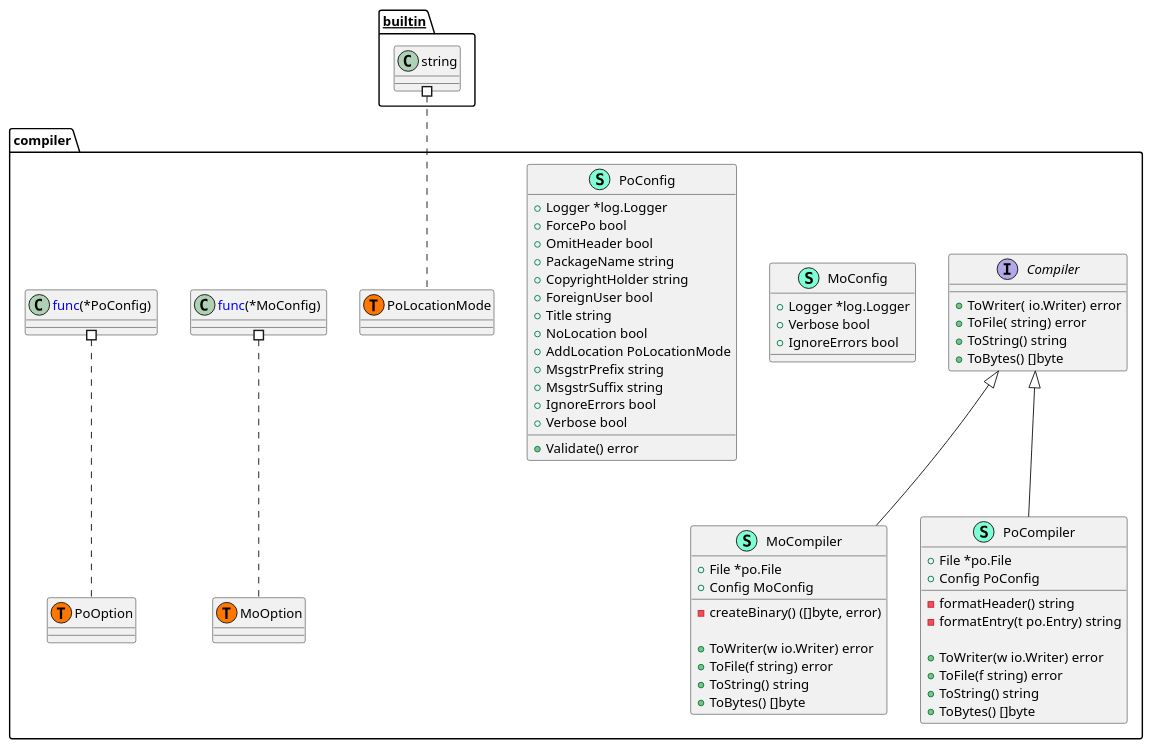
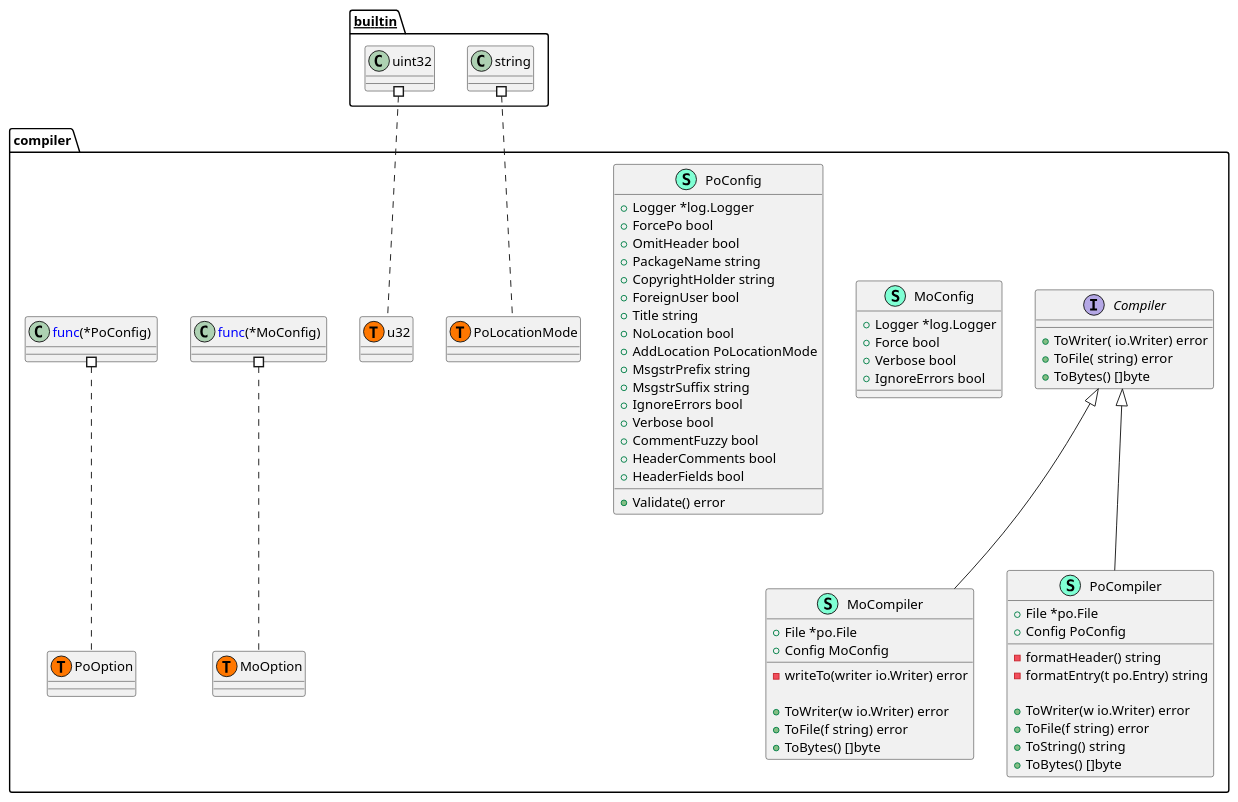
One commit to Tom5521/gotext-tools changed the diagram in pkg/po/compiler/structure.puml. Above: the diagram before and after it, drawn with PlantUML. The commit also changed 4 other files, not shown here.

Commit message:
docs: Update PlantUML's

```diff
--- a/pkg/po/compiler/structure.puml
+++ b/pkg/po/compiler/structure.puml
@@ -1,73 +1,78 @@
 @startuml
 namespace compiler {
     interface Compiler  {
         + ToWriter( io.Writer) error
         + ToFile( string) error
-        + ToString() string
         + ToBytes() []byte
 
     }
     class MoCompiler << (S,Aquamarine) >> {
         + File *po.File
         + Config MoConfig
 
-        - createBinary() ([]byte, error)
+        - writeTo(writer io.Writer) error
 
         + ToWriter(w io.Writer) error
         + ToFile(f string) error
-        + ToString() string
         + ToBytes() []byte
 
     }
     class MoConfig << (S,Aquamarine) >> {
         + Logger *log.Logger
+        + Force bool
         + Verbose bool
         + IgnoreErrors bool
 
     }
     class PoCompiler << (S,Aquamarine) >> {
         + File *po.File
         + Config PoConfig
 
         - formatHeader() string
         - formatEntry(t po.Entry) string
 
         + ToWriter(w io.Writer) error
         + ToFile(f string) error
         + ToString() string
         + ToBytes() []byte
 
     }
     class PoConfig << (S,Aquamarine) >> {
         + Logger *log.Logger
         + ForcePo bool
         + OmitHeader bool
         + PackageName string
         + CopyrightHolder string
         + ForeignUser bool
         + Title string
         + NoLocation bool
         + AddLocation PoLocationMode
         + MsgstrPrefix string
         + MsgstrSuffix string
         + IgnoreErrors bool
         + Verbose bool
+        + CommentFuzzy bool
+        + HeaderComments bool
+        + HeaderFields bool
 
         + Validate() error
 
     }
     class compiler.MoOption << (T, #FF7700) >>  {
     }
     class compiler.PoLocationMode << (T, #FF7700) >>  {
     }
     class compiler.PoOption << (T, #FF7700) >>  {
     }
+    class compiler.u32 << (T, #FF7700) >>  {
+    }
 }
 
 "compiler.Compiler" <|-- "compiler.MoCompiler"
 "compiler.Compiler" <|-- "compiler.PoCompiler"
 
 "__builtin__.string" #.. "compiler.PoLocationMode"
+"__builtin__.uint32" #.. "compiler.u32"
 "compiler.<font color=blue>func</font>(*MoConfig) " #.. "compiler.MoOption"
 "compiler.<font color=blue>func</font>(*PoConfig) " #.. "compiler.PoOption"
 @enduml
```
